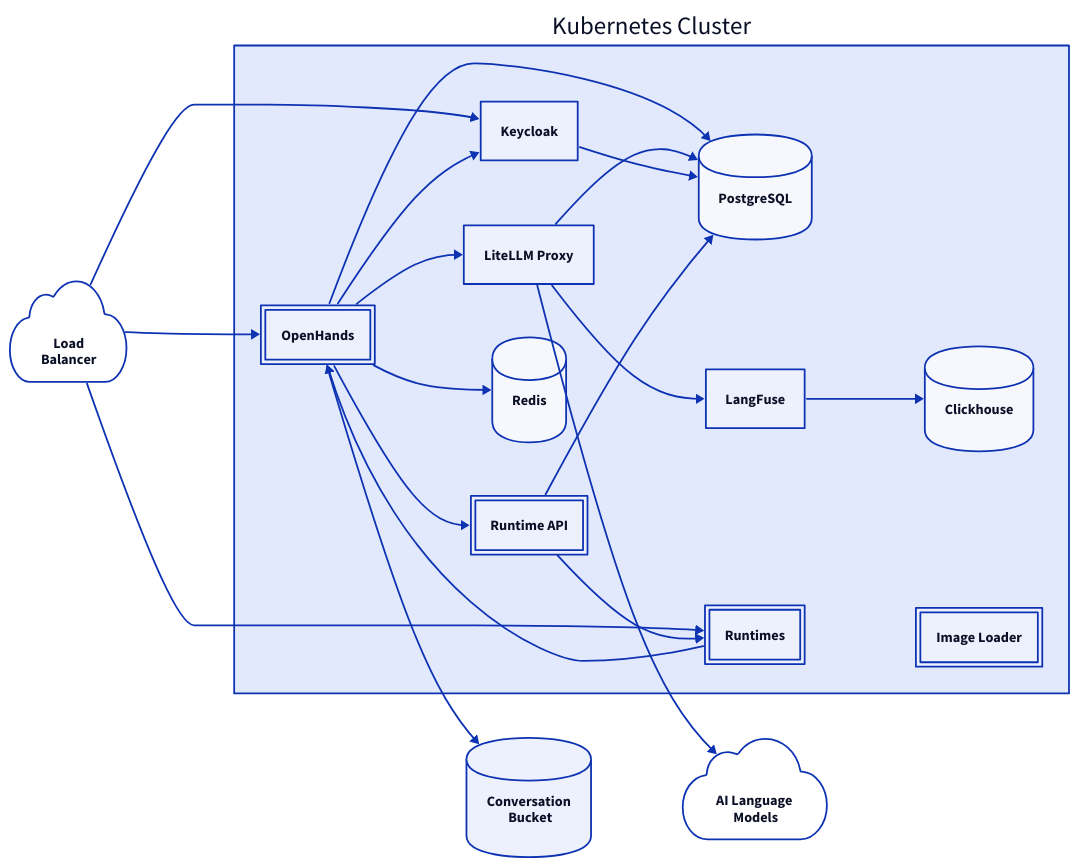
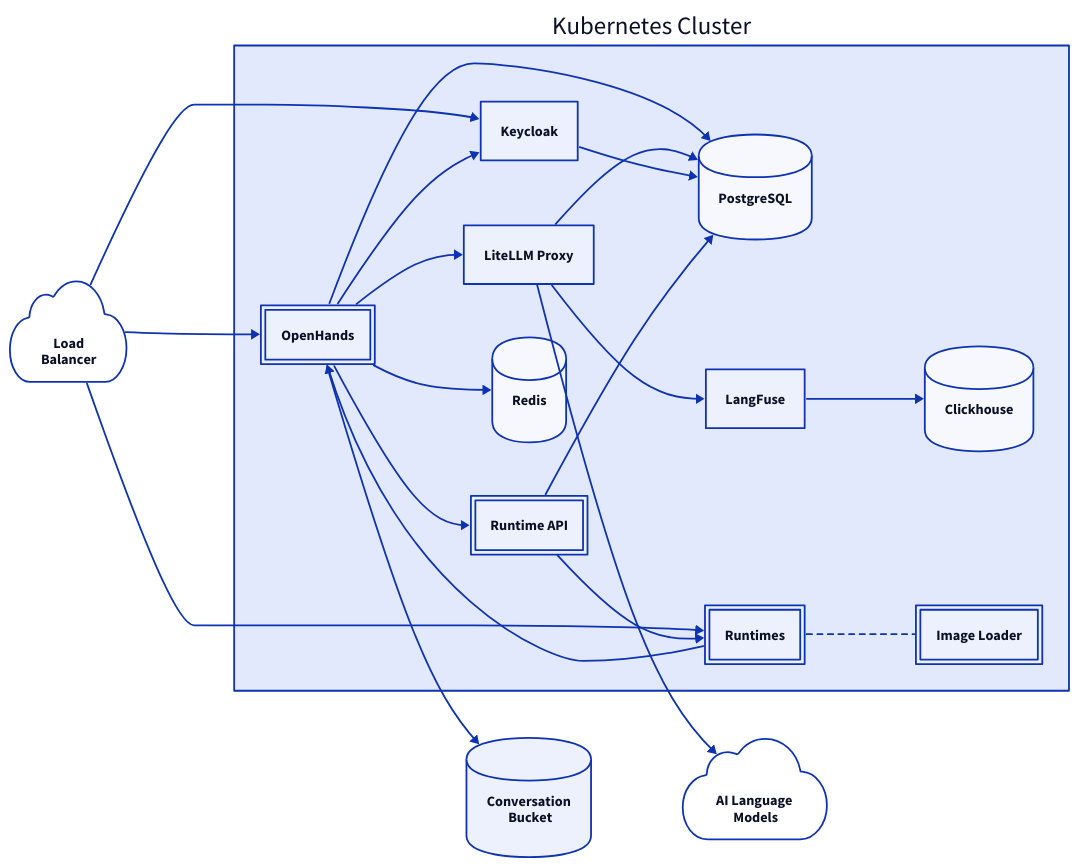
One commit to All-Hands-AI/OpenHands-Cloud changed the diagram in docs/assets/fig1.d2. Above: the diagram before and after it, drawn with D2. The commit also changed 1 other file, not shown here.

Commit message:
Show connection between image loader and runtimes

```diff
--- a/docs/assets/fig1.d2
+++ b/docs/assets/fig1.d2
@@ -1,71 +1,77 @@
 # Use https://play.d2lang.com to edit with preview (layout engine ELK)
 # To update the SVG, run: (cd docs && ./build-diagrams.sh)
 
 direction: right
 
 classes: {
   all-hands: {
     style: {
       double-border: true
     }
   }
 }
 
 app-cluster: Kubernetes Cluster {
   openhands: OpenHands {
     class: all-hands
   }
   runtime-api: Runtime API {
     class: all-hands
   }
 
   keycloak: Keycloak
   postgres: PostgreSQL {
     shape: cylinder
   }
   langfuse: LangFuse
   litellm: LiteLLM Proxy
   redis: Redis {
     shape: cylinder
   }
   clickhouse: Clickhouse {
     shape: cylinder
   }
 
-  image-loader: Image Loader {
+  runtimes: Runtimes {
     class: all-hands
   }
-  runtimes: Runtimes {
+  image-loader: Image Loader {
     class: all-hands
   }
 }
 convo-bucket: Conversation\n Bucket {
   shape: cylinder
 }
 llms: AI Language\n Models {
   shape: cloud
 }
 lb: Load\nBalancer {
   shape: cloud
 }
 
 lb -> app-cluster.runtimes
 app-cluster.litellm -> llms
 
 lb -> app-cluster.openhands
 lb -> app-cluster.keycloak
 app-cluster.openhands -> app-cluster.runtime-api
 app-cluster.openhands -> app-cluster.keycloak
 app-cluster.openhands -> app-cluster.redis
 app-cluster.openhands -> convo-bucket
 app-cluster.runtime-api -> app-cluster.runtimes
 app-cluster.litellm -> app-cluster.langfuse
 app-cluster.langfuse -> app-cluster.clickhouse
 app-cluster.openhands -> app-cluster.litellm
 
 app-cluster.openhands -> app-cluster.postgres
 app-cluster.litellm -> app-cluster.postgres
 app-cluster.keycloak -> app-cluster.postgres
 app-cluster.runtime-api -> app-cluster.postgres
 
 app-cluster.runtimes -> app-cluster.openhands
+
+app-cluster.runtimes -- app-cluster.image-loader {
+    style: {
+        stroke-dash: 3
+    }
+}
```
